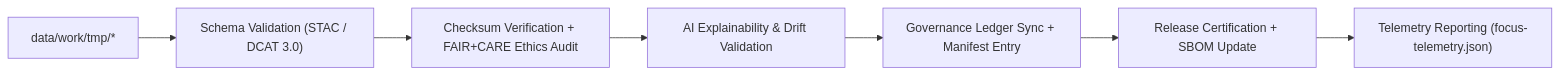
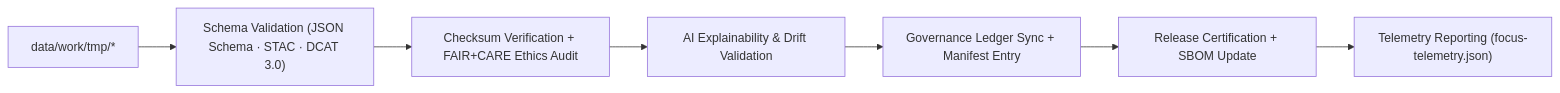
The second of 5 diagrams in docs/architecture/data-flow-diagrams.md (bartytime4life/Kansas-Frontier-Matrix), drawn with Mermaid before and after one commit. The commit also changed other lines of this file, not shown here.

Commit message:
Update data flow diagrams to version 9.7.0

````diff
--- a/docs/architecture/data-flow-diagrams.md
+++ b/docs/architecture/data-flow-diagrams.md
@@ -72,9 +71,9 @@
 ```mermaid
 flowchart LR
-    A["data/work/tmp/*"] --> B["Schema Validation (STAC / DCAT 3.0)"]
+    A["data/work/tmp/*"] --> B["Schema Validation (JSON Schema · STAC · DCAT 3.0)"]
     B --> C["Checksum Verification + FAIR+CARE Ethics Audit"]
     C --> D["AI Explainability & Drift Validation"]
     D --> E["Governance Ledger Sync + Manifest Entry"]
     E --> F["Release Certification + SBOM Update"]
     F --> G["Telemetry Reporting (focus-telemetry.json)"]
 ```
````
